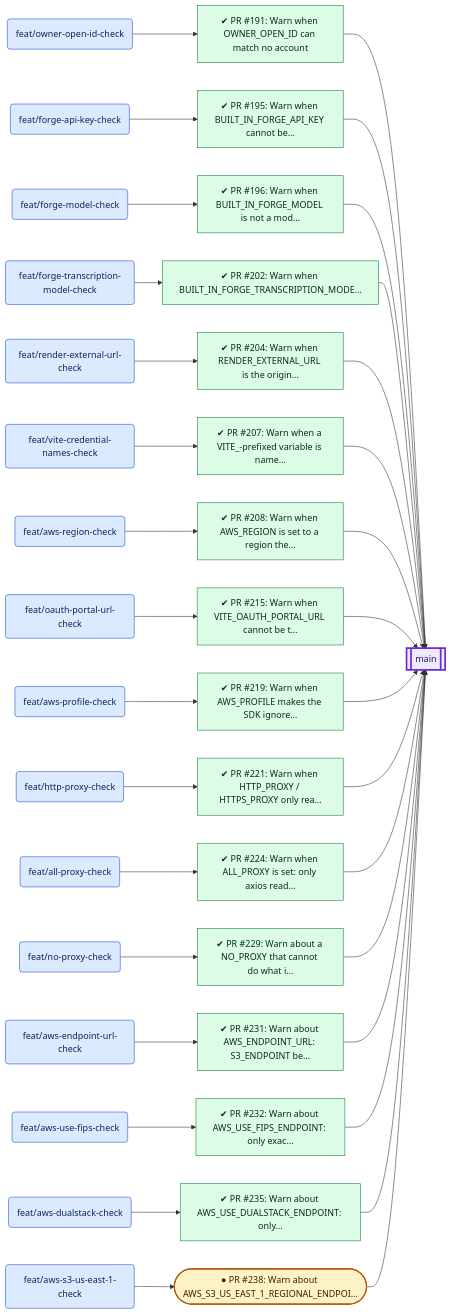
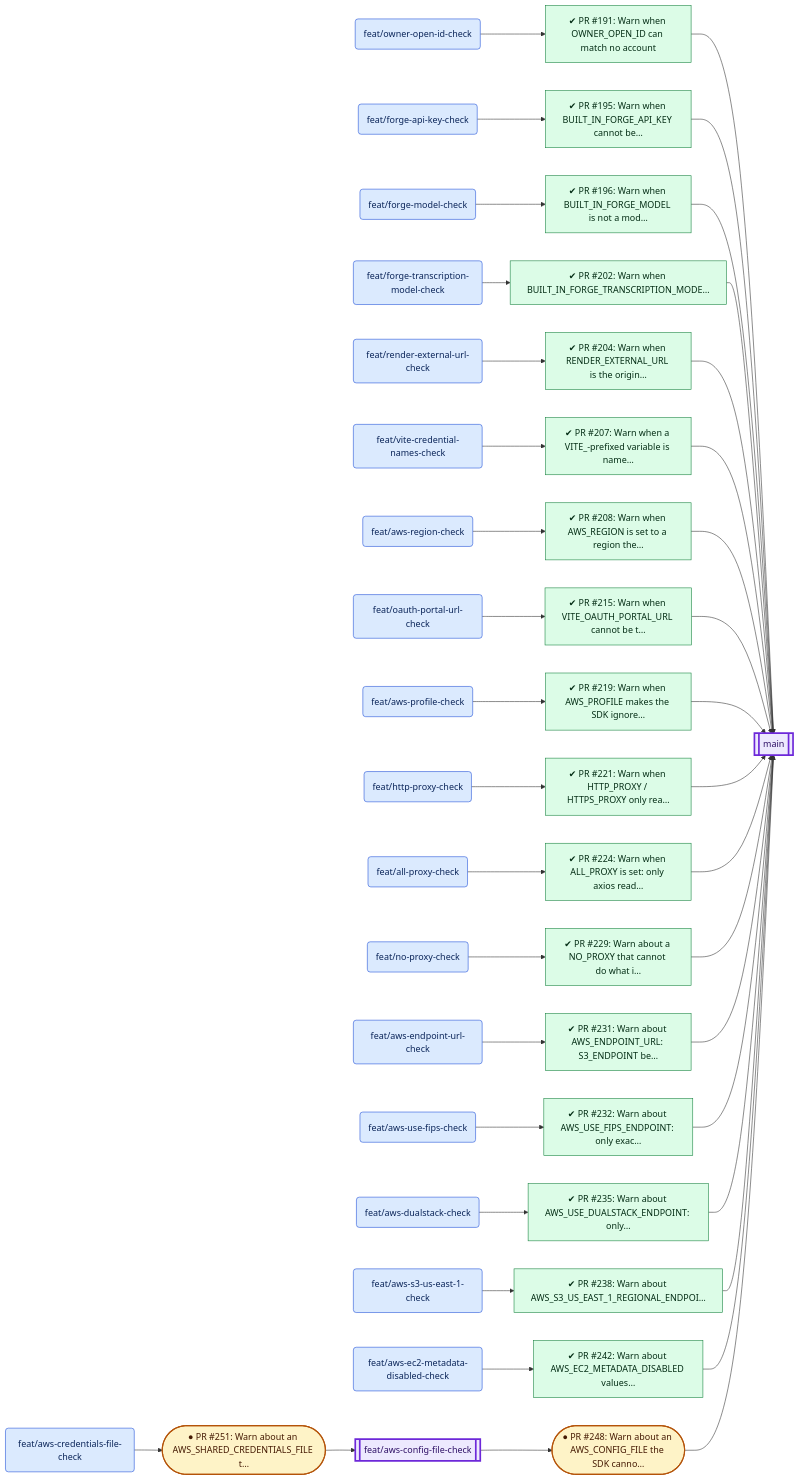
Before and after one commit to VijayKumaro7/NotionAI_Notepad: the fifth of 7 diagrams in docs/PR_BRANCH_VISUALIZATION.md, drawn with Mermaid. The commit also changed other lines of this file and 2 other files, not shown here.

````diff
--- a/docs/PR_BRANCH_VISUALIZATION.md
+++ b/docs/PR_BRANCH_VISUALIZATION.md
@@ -879,22 +944,25 @@
 ```mermaid
 flowchart LR
-  b126("feat/owner-open-id-check"):::source
-  b133[["main"]]:::target
-  b120("feat/forge-api-key-check"):::source
-  b121("feat/forge-model-check"):::source
-  b122("feat/forge-transcription-model-check"):::source
-  b127("feat/render-external-url-check"):::source
-  b128("feat/vite-credential-names-check"):::source
-  b117("feat/aws-region-check"):::source
-  b125("feat/oauth-portal-url-check"):::source
-  b116("feat/aws-profile-check"):::source
-  b123("feat/http-proxy-check"):::source
-  b113("feat/all-proxy-check"):::source
-  b124("feat/no-proxy-check"):::source
-  b115("feat/aws-endpoint-url-check"):::source
-  b119("feat/aws-use-fips-check"):::source
-  b114("feat/aws-dualstack-check"):::source
-  b118("feat/aws-s3-us-east-1-check"):::source
+  b136("feat/owner-open-id-check"):::source
+  b143[["main"]]:::target
+  b130("feat/forge-api-key-check"):::source
+  b131("feat/forge-model-check"):::source
+  b132("feat/forge-transcription-model-check"):::source
+  b137("feat/render-external-url-check"):::source
+  b138("feat/vite-credential-names-check"):::source
+  b127("feat/aws-region-check"):::source
+  b135("feat/oauth-portal-url-check"):::source
+  b126("feat/aws-profile-check"):::source
+  b133("feat/http-proxy-check"):::source
+  b120("feat/all-proxy-check"):::source
+  b134("feat/no-proxy-check"):::source
+  b125("feat/aws-endpoint-url-check"):::source
+  b129("feat/aws-use-fips-check"):::source
+  b123("feat/aws-dualstack-check"):::source
+  b128("feat/aws-s3-us-east-1-check"):::source
+  b124("feat/aws-ec2-metadata-disabled-check"):::source
+  b121[["feat/aws-config-file-check"]]:::target
+  b122("feat/aws-credentials-file-check"):::source
   p191["✔ PR #191: Warn when OWNER_OPEN_ID can match no account"]:::merged
   p195["✔ PR #195: Warn when BUILT_IN_FORGE_API_KEY cannot be…"]:::merged
   p196["✔ PR #196: Warn when BUILT_IN_FORGE_MODEL is not a mod…"]:::merged
@@ -910,39 +978,48 @@
   p231["✔ PR #231: Warn about AWS_ENDPOINT_URL: S3_ENDPOINT be…"]:::merged
   p232["✔ PR #232: Warn about AWS_USE_FIPS_ENDPOINT: only exac…"]:::merged
   p235["✔ PR #235: Warn about AWS_USE_DUALSTACK_ENDPOINT: only…"]:::merged
-  p238(["● PR #238: Warn about AWS_S3_US_EAST_1_REGIONAL_ENDPOI…"]):::open
-  b126 --> p191
-  p191 --> b133
-  b120 --> p195
-  p195 --> b133
-  b121 --> p196
-  p196 --> b133
-  b122 --> p202
-  p202 --> b133
-  b127 --> p204
-  p204 --> b133
-  b128 --> p207
-  p207 --> b133
-  b117 --> p208
-  p208 --> b133
-  b125 --> p215
-  p215 --> b133
-  b116 --> p219
-  p219 --> b133
-  b123 --> p221
-  p221 --> b133
-  b113 --> p224
-  p224 --> b133
-  b124 --> p229
-  p229 --> b133
-  b115 --> p231
-  p231 --> b133
-  b119 --> p232
-  p232 --> b133
-  b114 --> p235
-  p235 --> b133
-  b118 --> p238
-  p238 --> b133
+  p238["✔ PR #238: Warn about AWS_S3_US_EAST_1_REGIONAL_ENDPOI…"]:::merged
+  p242["✔ PR #242: Warn about AWS_EC2_METADATA_DISABLED values…"]:::merged
+  p248(["● PR #248: Warn about an AWS_CONFIG_FILE the SDK canno…"]):::open
+  p251(["● PR #251: Warn about an AWS_SHARED_CREDENTIALS_FILE t…"]):::open
+  b136 --> p191
+  p191 --> b143
+  b130 --> p195
+  p195 --> b143
+  b131 --> p196
+  p196 --> b143
+  b132 --> p202
+  p202 --> b143
+  b137 --> p204
+  p204 --> b143
+  b138 --> p207
+  p207 --> b143
+  b127 --> p208
+  p208 --> b143
+  b135 --> p215
+  p215 --> b143
+  b126 --> p219
+  p219 --> b143
+  b133 --> p221
+  p221 --> b143
+  b120 --> p224
+  p224 --> b143
+  b134 --> p229
+  p229 --> b143
+  b125 --> p231
+  p231 --> b143
+  b129 --> p232
+  p232 --> b143
+  b123 --> p235
+  p235 --> b143
+  b128 --> p238
+  p238 --> b143
+  b124 --> p242
+  p242 --> b143
+  b121 --> p248
+  p248 --> b143
+  b122 --> p251
+  p251 --> b121
   classDef source fill:#dbeafe,stroke:#1d4ed8,color:#0b2559
   classDef target fill:#ede9fe,stroke:#6d28d9,stroke-width:3px,color:#2e1065
   classDef open fill:#fef3c7,stroke:#b45309,stroke-width:2px,color:#451a03
````
